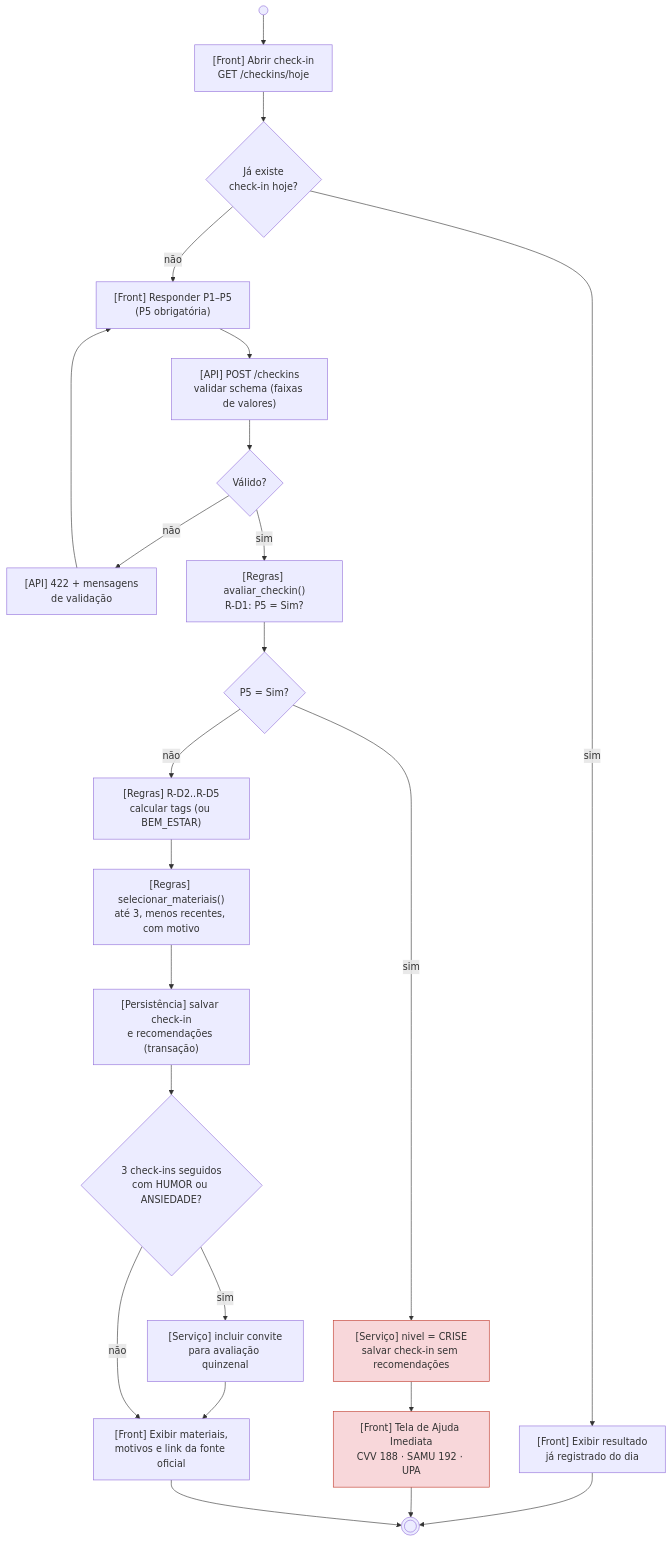
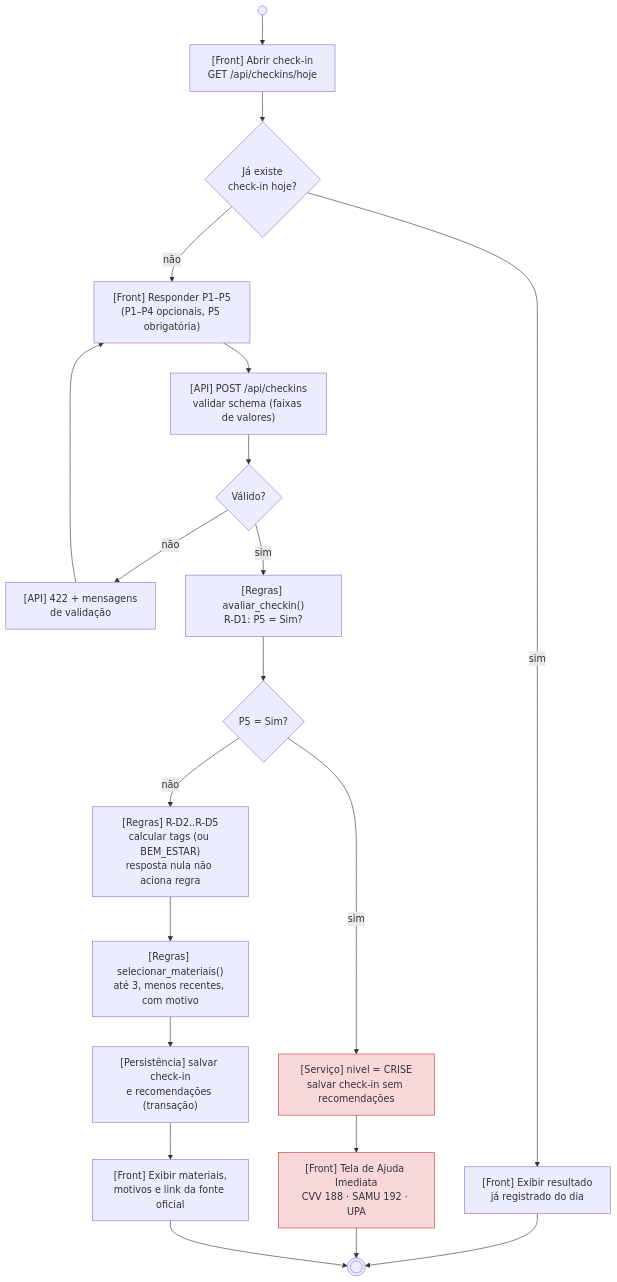
One commit to FGA0138-MDS-Ajax/2026.2-T03-Lamport changed the third of 8 diagrams in docs/arquitetura.md. Above: the diagram before and after it, drawn with Mermaid. The commit also changed other lines of this file and 4 other files, not shown here.

````diff
--- a/docs/arquitetura.md
+++ b/docs/arquitetura.md
@@ -150,27 +151,24 @@
 ```mermaid
 flowchart TB
-    I((" ")) --> A1["[Front] Abrir check-in<br/>GET /checkins/hoje"]
+    I((" ")) --> A1["[Front] Abrir check-in<br/>GET /api/checkins/hoje"]
     A1 --> D1{"Já existe<br/>check-in hoje?"}
     D1 -- sim --> A2["[Front] Exibir resultado<br/>já registrado do dia"]
-    D1 -- não --> A3["[Front] Responder P1–P5<br/>(P5 obrigatória)"]
-    A3 --> A4["[API] POST /checkins<br/>validar schema (faixas de valores)"]
+    D1 -- não --> A3["[Front] Responder P1–P5<br/>(P1–P4 opcionais, P5 obrigatória)"]
+    A3 --> A4["[API] POST /api/checkins<br/>validar schema (faixas de valores)"]
     A4 --> D2{"Válido?"}
     D2 -- não --> A5["[API] 422 + mensagens<br/>de validação"]
     A5 --> A3
     D2 -- sim --> A6["[Regras] avaliar_checkin()<br/>R-D1: P5 = Sim?"]
     A6 --> D3{"P5 = Sim?"}
     D3 -- sim --> A7["[Serviço] nivel = CRISE<br/>salvar check-in sem recomendações"]
     A7 --> A8["[Front] Tela de Ajuda Imediata<br/>CVV 188 · SAMU 192 · UPA"]
-    D3 -- não --> A9["[Regras] R-D2..R-D5<br/>calcular tags (ou BEM_ESTAR)"]
+    D3 -- não --> A9["[Regras] R-D2..R-D5<br/>calcular tags (ou BEM_ESTAR)<br/>resposta nula não aciona regra"]
     A9 --> A10["[Regras] selecionar_materiais()<br/>até 3, menos recentes, com motivo"]
     A10 --> A11["[Persistência] salvar check-in<br/>e recomendações (transação)"]
-    A11 --> D4{"3 check-ins seguidos<br/>com HUMOR ou ANSIEDADE?"}
-    D4 -- sim --> A12["[Serviço] incluir convite<br/>para avaliação quinzenal"]
-    A12 --> A13["[Front] Exibir materiais,<br/>motivos e link da fonte oficial"]
-    D4 -- não --> A13
+    A11 --> A13["[Front] Exibir materiais,<br/>motivos e link da fonte oficial"]
     A2 --> F(((" ")))
     A8 --> F
     A13 --> F
     style A7 fill:#f8d7da,stroke:#c0392b
     style A8 fill:#f8d7da,stroke:#c0392b
 ```
````
